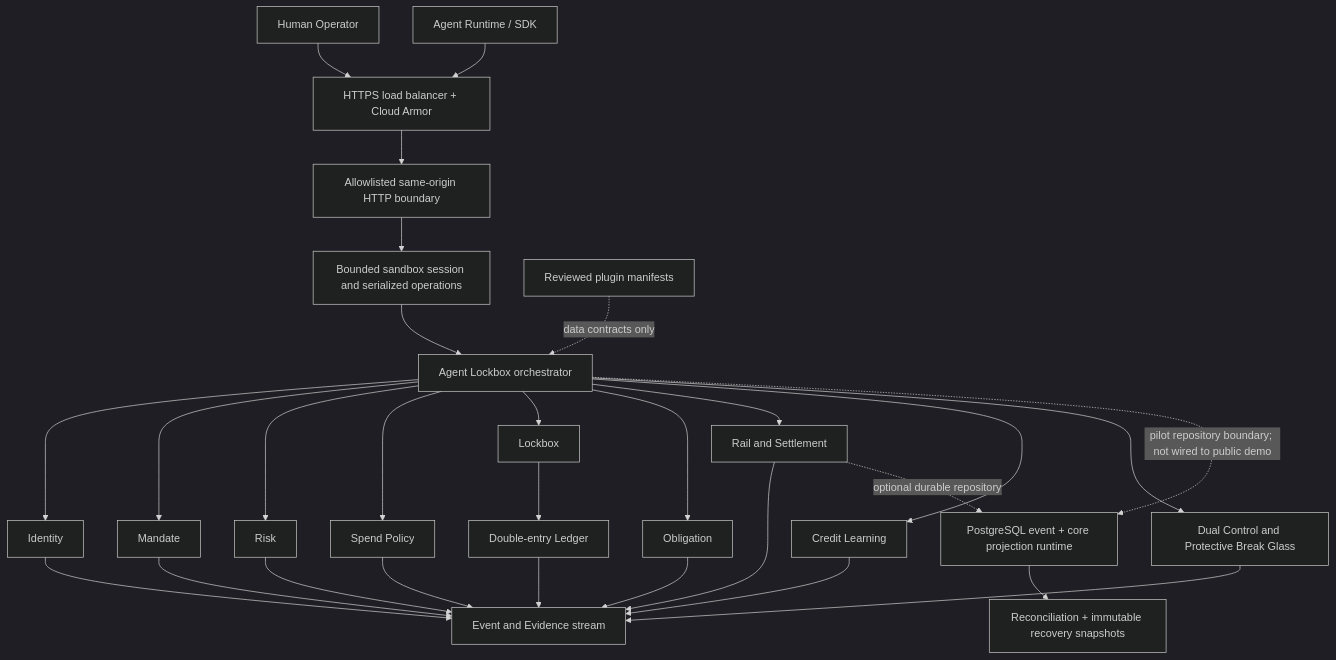
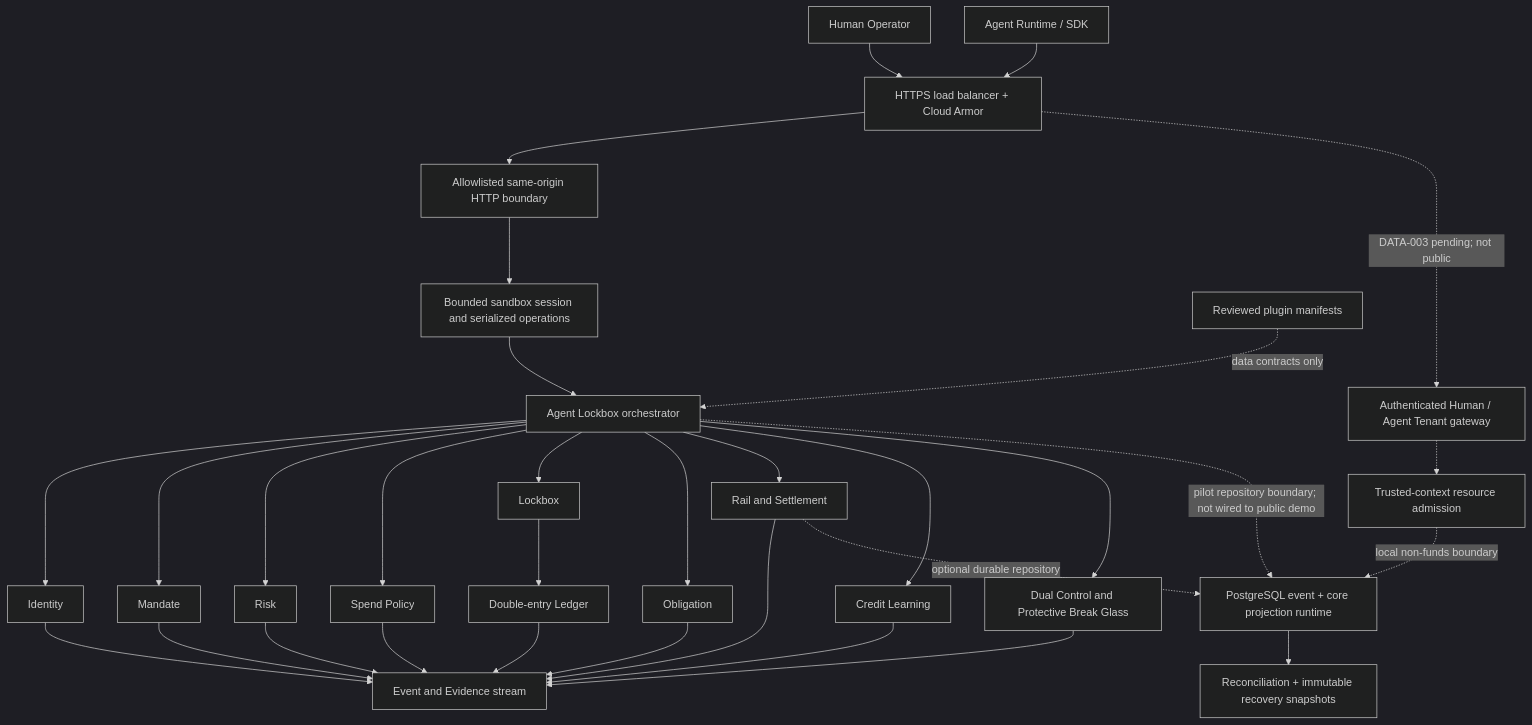
Before and after one commit to CPTM511/IPO.ONE: the diagram in README.md, drawn with Mermaid (dark theme). The commit also changed other lines of this file and 42 other files, not shown here.

````diff
--- a/README.md
+++ b/README.md
@@ -118,34 +122,37 @@
 ```mermaid
 flowchart TB
   Human["Human Operator"] --> Edge["HTTPS load balancer + Cloud Armor"]
   Agent["Agent Runtime / SDK"] --> Edge
   Edge --> HTTP["Allowlisted same-origin HTTP boundary"]
   HTTP --> Session["Bounded sandbox session and serialized operations"]
   Session --> Flow["Agent Lockbox orchestrator"]
+  Edge -. "DATA-003 pending; not public" .-> TenantGateway["Authenticated Human / Agent Tenant gateway"]
+  TenantGateway -.-> Admission["Trusted-context resource admission"]
 
   Flow --> Identity["Identity"]
   Flow --> Mandate["Mandate"]
   Flow --> Risk["Risk"]
   Flow --> Spend["Spend Policy"]
   Flow --> Lockbox["Lockbox"]
   Flow --> Obligation["Obligation"]
   Flow --> Rail["Rail and Settlement"]
   Flow --> Learning["Credit Learning"]
   Flow --> Approval["Dual Control and Protective Break Glass"]
 
   Identity --> Evidence["Event and Evidence stream"]
   Mandate --> Evidence
   Risk --> Evidence
   Spend --> Evidence
   Lockbox --> Ledger["Double-entry Ledger"]
   Obligation --> Evidence
   Rail --> Evidence
   Learning --> Evidence
   Approval --> Evidence
   Ledger --> Evidence
 
   Flow -. pilot repository boundary; not wired to public demo .-> Postgres["PostgreSQL event + core projection runtime"]
+  Admission -. local non-funds boundary .-> Postgres
   Rail -. optional durable repository .-> Postgres
   Postgres --> Recon["Reconciliation + immutable recovery snapshots"]
   Plugins["Reviewed plugin manifests"] -. data contracts only .-> Flow
 ```
````
